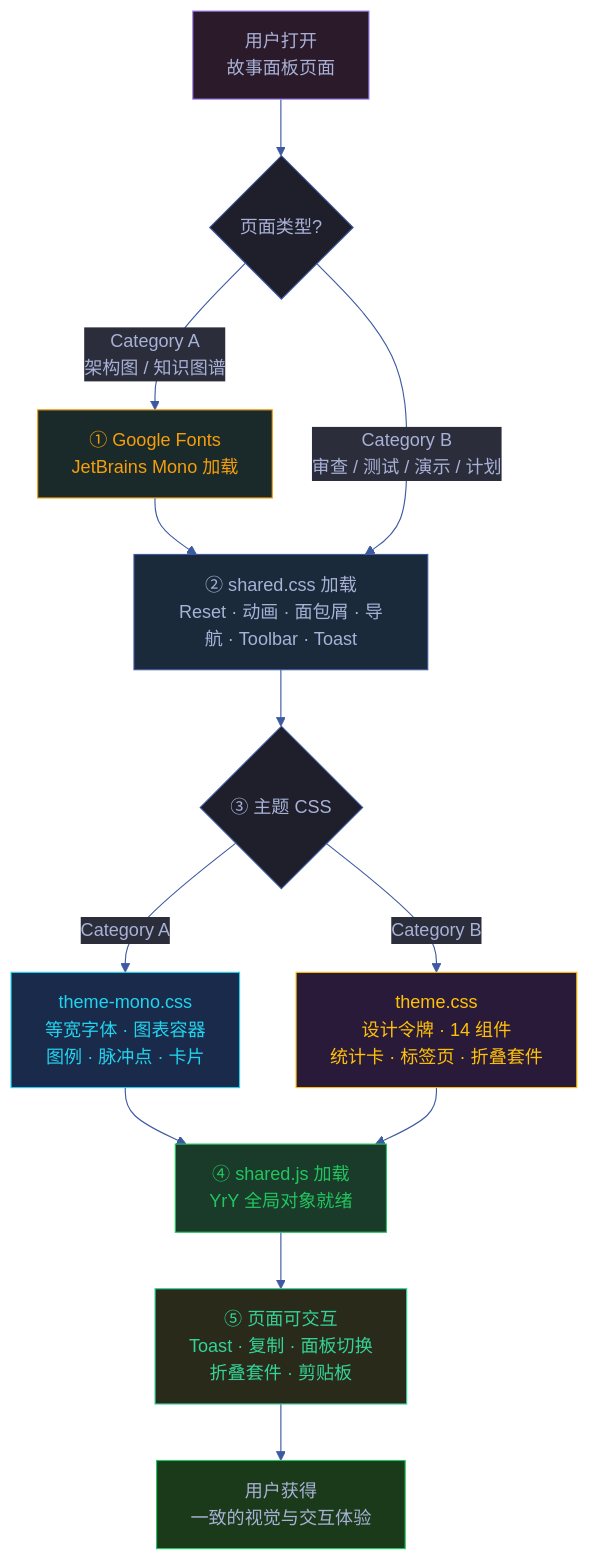
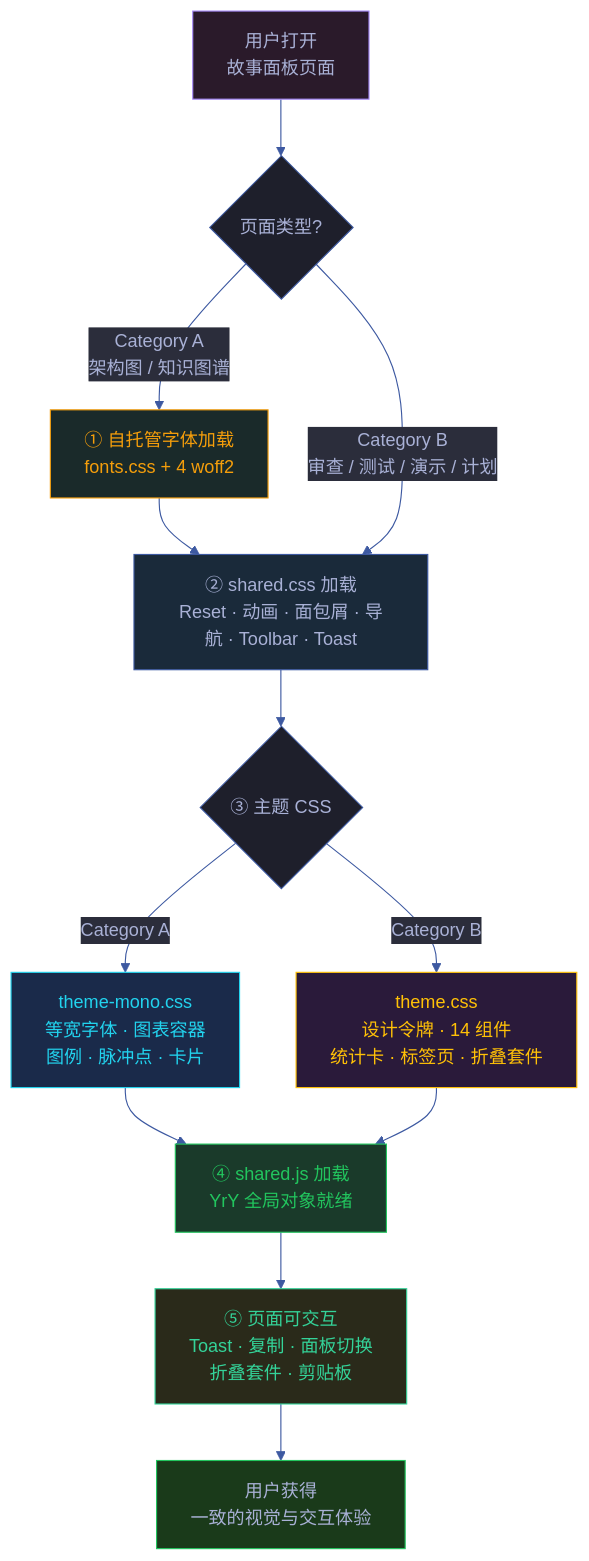
The first of 3 diagrams in docs/故事任务面板/yry-cdn/场景-1-cdn资源加载与页面渲染/index.md (effiy/YrY), drawn with Mermaid before and after one commit. The commit also changed other lines of this file and 341 other files, not shown here.

````diff
--- a/docs/故事任务面板/yry-cdn/场景-1-cdn资源加载与页面渲染/index.md
+++ b/docs/故事任务面板/yry-cdn/场景-1-cdn资源加载与页面渲染/index.md
@@ -7,31 +10,31 @@
 ```mermaid
 %%{init: {'theme': 'base', 'themeVariables': {
   'primaryColor': '#1e1f2b',
   'primaryTextColor': '#a9b1d6',
   'primaryBorderColor': '#3d59a1',
   'lineColor': '#3d59a1',
   'secondaryColor': '#2b2d3b',
   'tertiaryColor': '#21232f'
 }}}%%
 flowchart TD
     ENTRY["用户打开<br/>故事面板页面"]:::user --> TYPE{"页面类型?"}
-    TYPE -->|"Category A<br/>架构图 / 知识图谱"| CAT_A["① Google Fonts<br/>JetBrains Mono 加载"]:::ext
+    TYPE -->|"Category A<br/>架构图 / 知识图谱"| CAT_A["① 自托管字体加载<br/>fonts.css + 4 woff2"]:::ext
     CAT_A --> SHARED_CSS["② shared.css 加载<br/>Reset · 动画 · 面包屑 · 导航 · Toolbar · Toast"]:::base
     TYPE -->|"Category B<br/>审查 / 测试 / 演示 / 计划"| SHARED_CSS
     SHARED_CSS --> THEME{"③ 主题 CSS"}
     THEME -->|"Category A"| MONO["theme-mono.css<br/>等宽字体 · 图表容器<br/>图例 · 脉冲点 · 卡片"]:::mono
     THEME -->|"Category B"| SYSTEM["theme.css<br/>设计令牌 · 14 组件<br/>统计卡 · 标签页 · 折叠套件"]:::sys
     MONO --> JS["④ shared.js 加载<br/>YrY 全局对象就绪"]:::js
     SYSTEM --> JS
     JS --> INTERACTIVE["⑤ 页面可交互<br/>Toast · 复制 · 面板切换<br/>折叠套件 · 剪贴板"]:::ready
     INTERACTIVE --> DONE["用户获得<br/>一致的视觉与交互体验"]:::goal
 
     classDef user fill:#2a1a2a,stroke:#a78bfa,color:#a9b1d6
     classDef ext fill:#1a2a2a,stroke:#f59e0b,color:#f59e0b
     classDef base fill:#1a2a3a,stroke:#3d59a1,color:#a9b1d6
     classDef mono fill:#1a2a4a,stroke:#22d3ee,color:#22d3ee
     classDef sys fill:#2a1a3a,stroke:#FFC107,color:#FFC107
     classDef js fill:#1a3a2a,stroke:#22c55e,color:#22c55e
     classDef ready fill:#2a2a1a,stroke:#34d399,color:#34d399
     classDef goal fill:#1a3a1a,stroke:#22c55e,color:#a9b1d6
 ```
````
